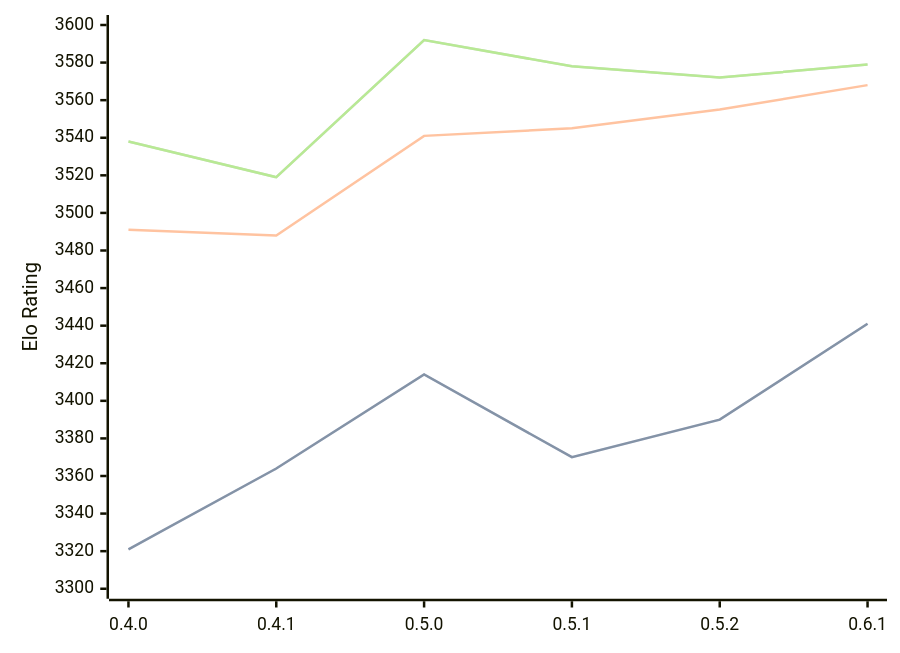
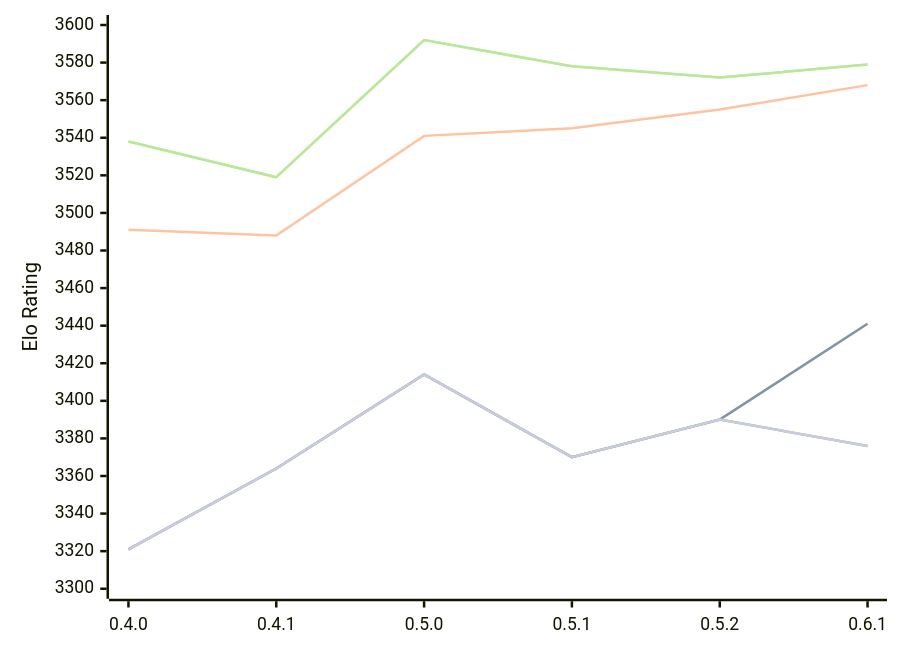
The diagram in engines/Cinder.md (computer-chess-index/cci), drawn with Mermaid before and after one commit. The commit also changed other lines of this file, not shown here.

Commit message:
Update CCI Ratings (ELO VLTC) - 2026-10-11

````diff
--- a/engines/Cinder.md
+++ b/engines/Cinder.md
@@ -52,16 +52,13 @@
 ```mermaid
 %%{init: {"theme":"base","themeVariables":{"seriesColors:['#a3a3a3','#222221','#faa371']}}}%%
 xychart-beta
   x-axis ["0.4.0", "0.4.1", "0.5.0", "0.5.1", "0.5.2", "0.6.1"]
   y-axis "Elo Rating" 3300 --> 3600
   line "" [3321, 3364, 3414, 3370, 3390, 3441]
   line "T1: STC (8.0+0.08s)" [3321, 3364, 3414, 3370, 3390, 3441]
   line "T1: LTC (60.0+0.60s)" [3491, 3488, 3541, 3545, 3555, 3568]
   line "" [3538, 3519, 3592, 3578, 3572, 3579]
   line "T1: VLTC (2m24s+1.12s)" [3538, 3519, 3592, 3578, 3572, 3579]
-  line "" [3362]
-  line "E1: STC (8.0+0.08s)" [3362]
-  line "E1: LTC (60.0+0.60s)" [3560]
-  line "" [3587]
-  line "E1: VLTC (2m24s+1.12s)" [3587]
+  line "" [3321, 3364, 3414, 3370, 3390,3376]
+  line "E1: STC (8.0+0.08s)" [3321, 3364, 3414, 3370, 3390,3376]
 ```
````
